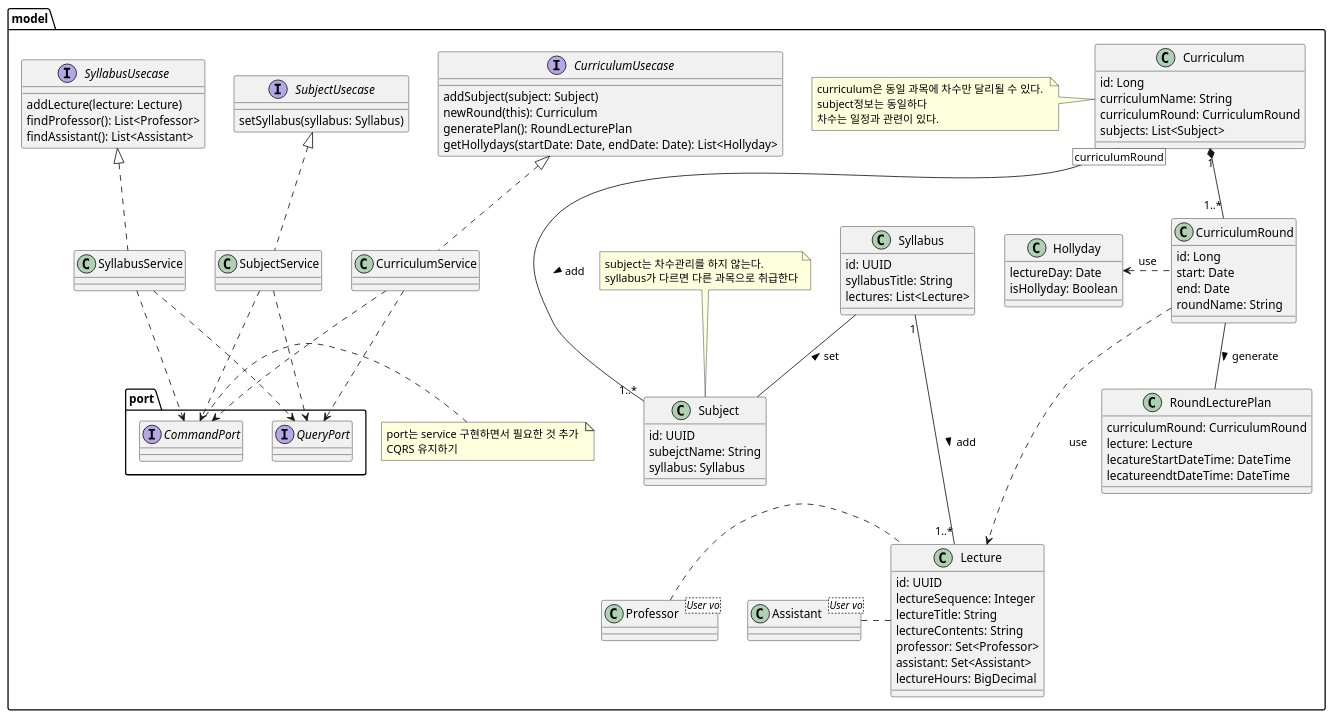
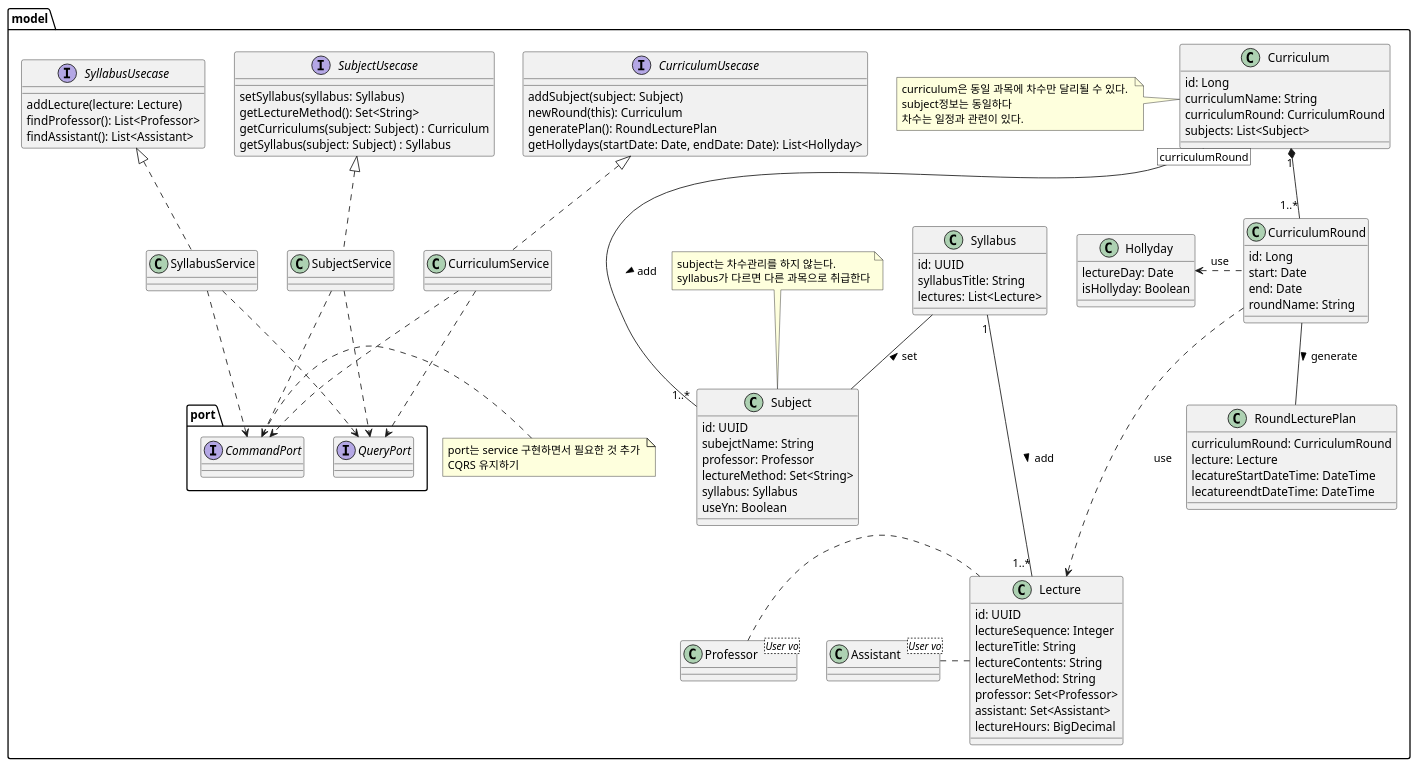
The diagram in src/main/java/dev/ohhoonim/lms/domain/learningCourses/design/model.md (ohhoonim/lms), drawn with PlantUML before and after one commit. The commit also changed 3 other files, not shown here.

```diff
--- a/src/main/java/dev/ohhoonim/lms/domain/learningCourses/design/model.md
+++ b/src/main/java/dev/ohhoonim/lms/domain/learningCourses/design/model.md
@@ -46,7 +46,10 @@
     class Subject {
         id: UUID
         subejctName: String
+        professor: Professor
+        lectureMethod: Set<String>
         syllabus: Syllabus
+        useYn: Boolean
         
     }
     note top
@@ -65,6 +68,7 @@
         lectureSequence: Integer
         lectureTitle: String
         lectureContents: String
+        lectureMethod: String
         professor: Set<Professor>
         assistant: Set<Assistant>
         lectureHours: BigDecimal
@@ -90,6 +94,9 @@
 
     interface SubjectUsecase {
         setSyllabus(syllabus: Syllabus)
+        getLectureMethod(): Set<String>
+        getCurriculums(subject: Subject) : Curriculum
+        getSyllabus(subject: Subject) : Syllabus
     }
 
     interface SyllabusUsecase {
```
